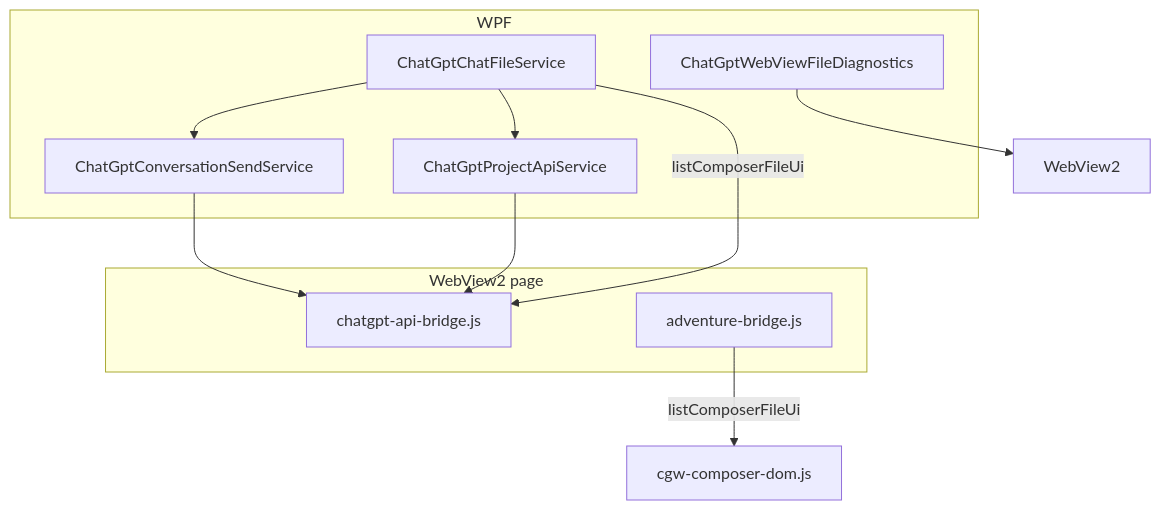
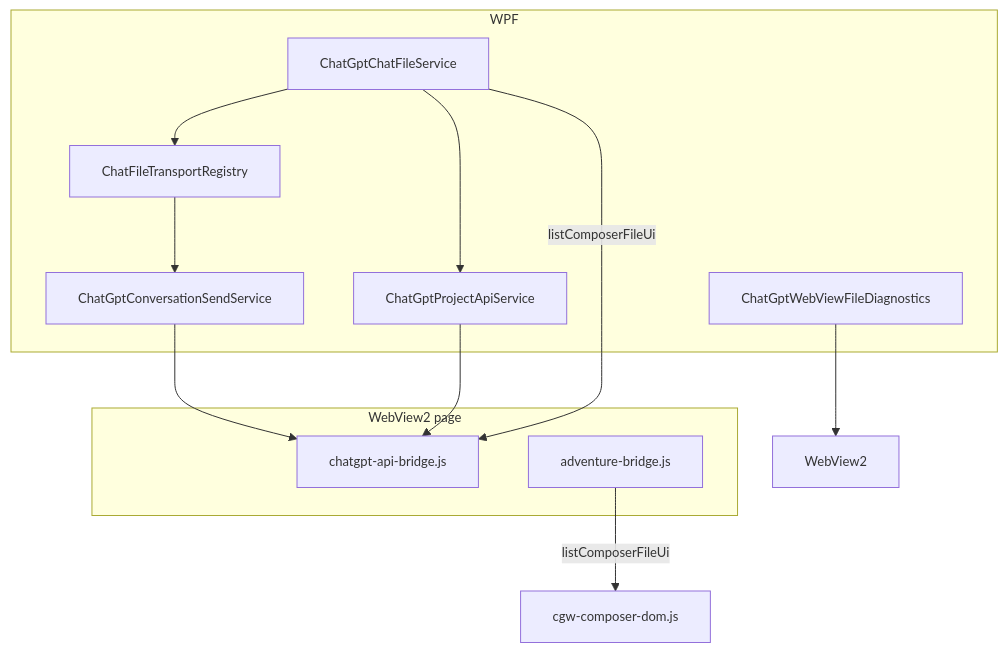
Before and after one commit to CMD0112/NarrativeGPT: the diagram in docs/Enhancements/chat-file-io-feasibility.md, drawn with Mermaid. The commit also changed other lines of this file and 788 other files, not shown here.

````diff
--- a/docs/Enhancements/chat-file-io-feasibility.md
+++ b/docs/Enhancements/chat-file-io-feasibility.md
@@ -163,21 +231,24 @@
 ```mermaid
+%%{init: {"flowchart":{"nodeSpacing":50,"rankSpacing":56,"padding":16,"subGraphTitleMargin":12,"diagramPadding":8,"htmlLabels":true},"themeVariables":{"fontSize":"13px"}} }%%
 flowchart TB
   subgraph app [WPF]
     ChatFile[ChatGptChatFileService]
+    Transport[ChatFileTransportRegistry]
     Conv[ChatGptConversationSendService]
     Proj[ChatGptProjectApiService]
     Diag[ChatGptWebViewFileDiagnostics]
   end
   subgraph webview [WebView2 page]
     APIBridge[chatgpt-api-bridge.js]
     PlayBridge[adventure-bridge.js]
   end
 
-  ChatFile --> Conv
+  ChatFile --> Transport
+  Transport --> Conv
   ChatFile --> Proj
   Diag --> WebView2
   Conv --> APIBridge
   Proj --> APIBridge
   ChatFile -->|"listComposerFileUi"| APIBridge
   PlayBridge -->|"listComposerFileUi"| ComposerDom[cgw-composer-dom.js]
 ```
````
